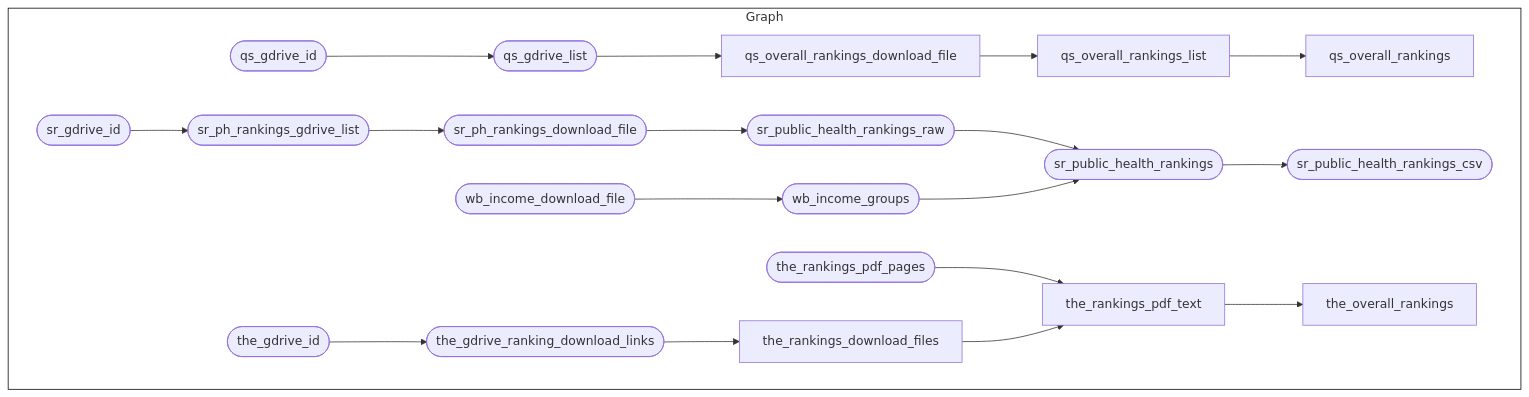
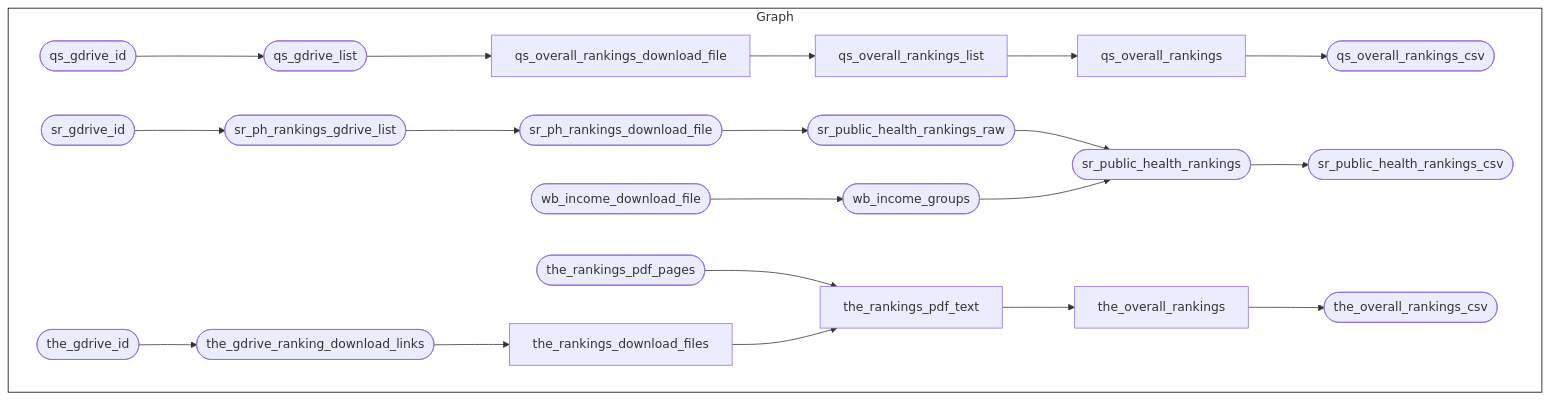
Before and after one commit to OxfordIHTM/spph-review: the second of 3 diagrams in README.md, drawn with Mermaid. The commit also changed other lines of this file and 3 other files, not shown here.

````diff
--- a/README.md
+++ b/README.md
@@ -196,24 +203,26 @@
 ``` mermaid
 graph LR
   style Graph fill:#FFFFFF00,stroke:#000000;
   subgraph Graph
     direction LR
     xf5b5abed18ea1d1a(["qs_gdrive_id"]):::uptodate --> x6416e41cf8dc3821(["qs_gdrive_list"]):::uptodate
     xd53eac577d2929f8["qs_overall_rankings_list"]:::uptodate --> x37b9da1597241587["qs_overall_rankings"]:::uptodate
+    x37b9da1597241587["qs_overall_rankings"]:::uptodate --> x6b6ae39ee55de2f6(["qs_overall_rankings_csv"]):::uptodate
     x6416e41cf8dc3821(["qs_gdrive_list"]):::uptodate --> x10da32f41de863de["qs_overall_rankings_download_file"]:::uptodate
     x10da32f41de863de["qs_overall_rankings_download_file"]:::uptodate --> xd53eac577d2929f8["qs_overall_rankings_list"]:::uptodate
     x283ab20454910291(["sr_ph_rankings_gdrive_list"]):::uptodate --> xe2fef9f751519f5f(["sr_ph_rankings_download_file"]):::uptodate
     xf9bf18a76745f614(["sr_gdrive_id"]):::uptodate --> x283ab20454910291(["sr_ph_rankings_gdrive_list"]):::uptodate
     x74232ff4e76c1dcf(["sr_public_health_rankings_raw"]):::uptodate --> xa7027837a89e5ec4(["sr_public_health_rankings"]):::uptodate
     x1a5851e4bb9a8b0f(["wb_income_groups"]):::uptodate --> xa7027837a89e5ec4(["sr_public_health_rankings"]):::uptodate
     xa7027837a89e5ec4(["sr_public_health_rankings"]):::uptodate --> x40fa25b81086eaaf(["sr_public_health_rankings_csv"]):::outdated
     xe2fef9f751519f5f(["sr_ph_rankings_download_file"]):::uptodate --> x74232ff4e76c1dcf(["sr_public_health_rankings_raw"]):::uptodate
     x08954fb96f89d64e(["the_gdrive_id"]):::uptodate --> xb3b152c5e5e4ae89(["the_gdrive_ranking_download_links"]):::uptodate
     xac3c5bdc37f5521d["the_rankings_pdf_text"]:::uptodate --> x2a541b9a4da4732f["the_overall_rankings"]:::uptodate
+    x2a541b9a4da4732f["the_overall_rankings"]:::uptodate --> xbb992b8b8554cfa8(["the_overall_rankings_csv"]):::uptodate
     xb3b152c5e5e4ae89(["the_gdrive_ranking_download_links"]):::uptodate --> xcb7c43287b8b4747["the_rankings_download_files"]:::uptodate
     x91d62071178d9fcb(["the_rankings_pdf_pages"]):::uptodate --> xac3c5bdc37f5521d["the_rankings_pdf_text"]:::uptodate
     xcb7c43287b8b4747["the_rankings_download_files"]:::uptodate --> xac3c5bdc37f5521d["the_rankings_pdf_text"]:::uptodate
     x578811b318f92d03(["wb_income_download_file"]):::uptodate --> x1a5851e4bb9a8b0f(["wb_income_groups"]):::uptodate
     
   end
 ```
````
